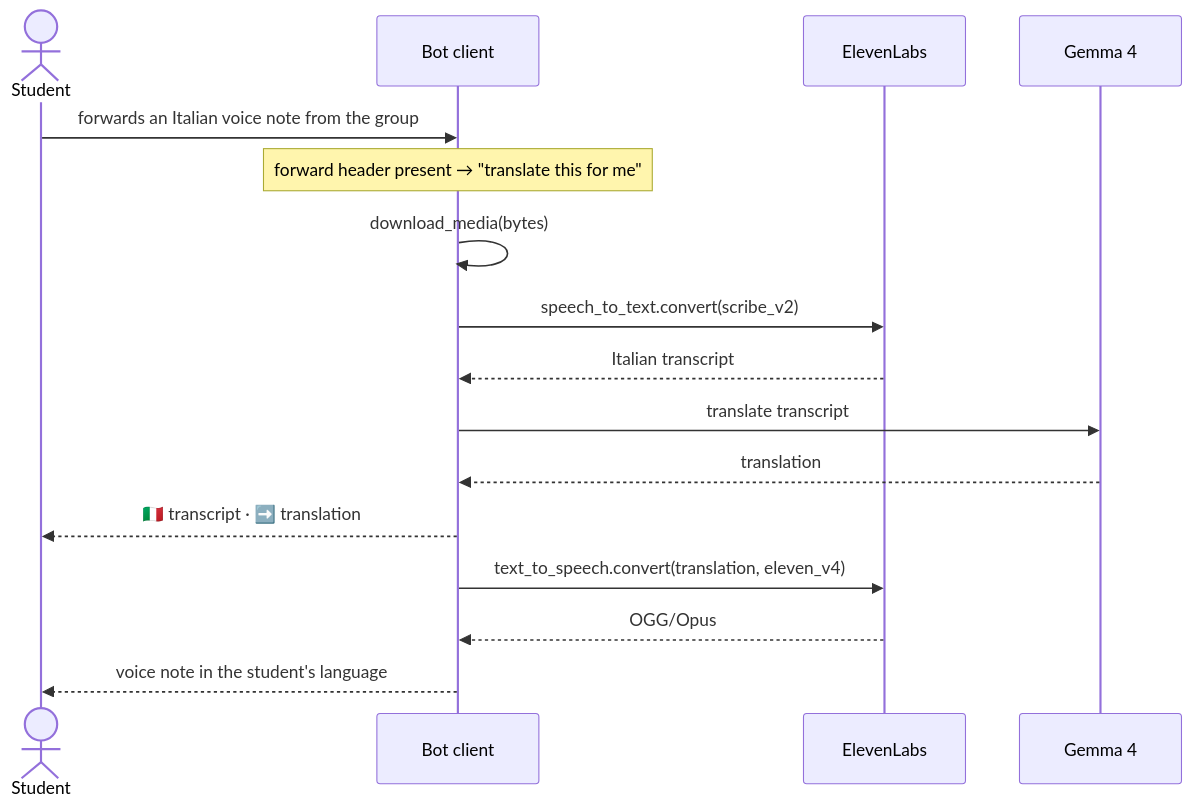
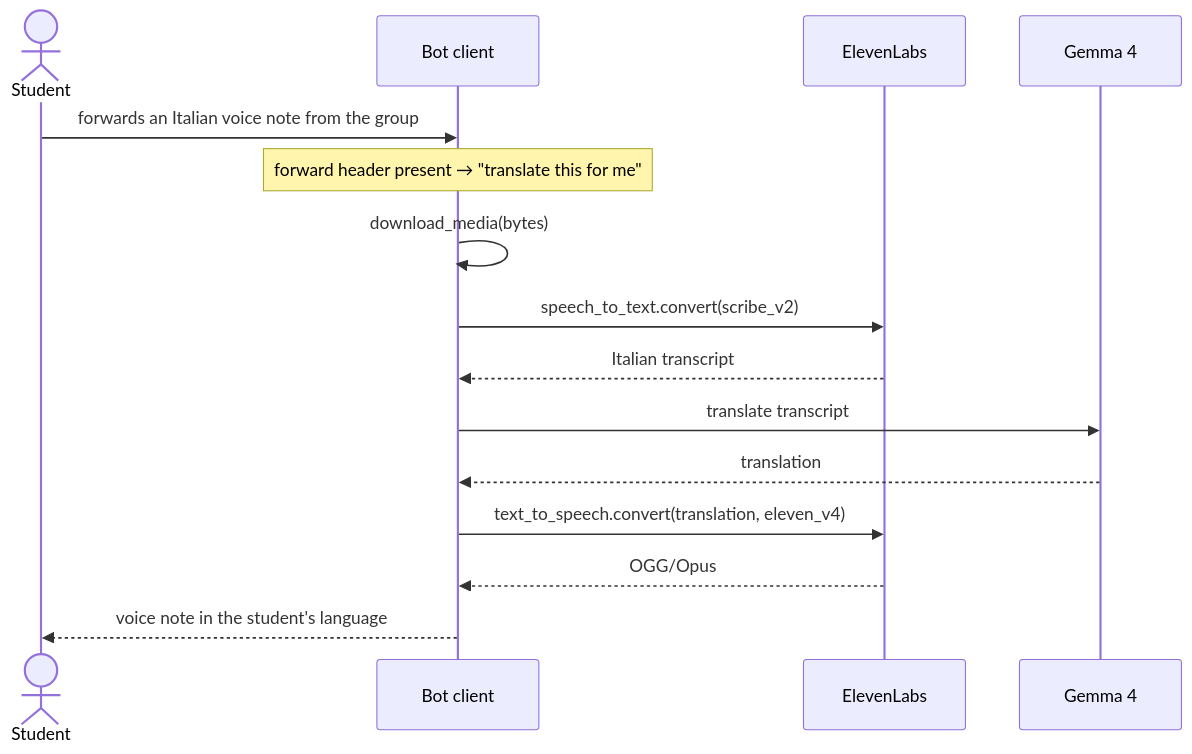
The third of 4 diagrams in architecture.md (pitasialessandro/erasmus-group-translator), drawn with Mermaid before and after one commit. The commit also changed other lines of this file and 2 other files, not shown here.

Commit message:
Voice flows are audio only: forwarded note returns a voice note, reply proposes just the Italian voice note

````diff
--- a/architecture.md
+++ b/architecture.md
@@ -80,19 +80,18 @@
 ```mermaid
 sequenceDiagram
     actor S as Student
     participant B as Bot client
     participant EL as ElevenLabs
     participant LLM as Gemma 4
 
     S->>B: forwards an Italian voice note from the group
     Note over B: forward header present → "translate this for me"
     B->>B: download_media(bytes)
     B->>EL: speech_to_text.convert(scribe_v2)
     EL-->>B: Italian transcript
     B->>LLM: translate transcript
     LLM-->>B: translation
-    B-->>S: 🇮🇹 transcript · ➡️ translation
     B->>EL: text_to_speech.convert(translation, eleven_v4)
     EL-->>B: OGG/Opus
     B-->>S: voice note in the student's language
 ```
````
